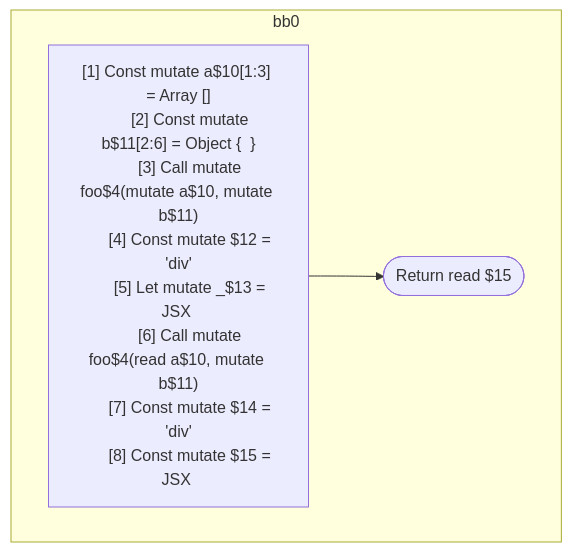
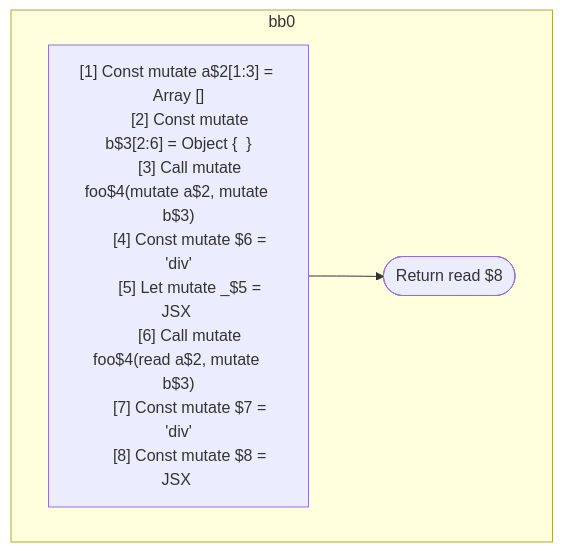
Before and after one commit to wutsmog/private: the second of 2 diagrams in compiler/forget/src/__tests__/fixtures/hir/ssa-call-jsx.expect.md, drawn with Mermaid. The commit also changed other lines of this file and 57 other files, not shown here.

````diff
--- a/compiler/forget/src/__tests__/fixtures/hir/ssa-call-jsx.expect.md
+++ b/compiler/forget/src/__tests__/fixtures/hir/ssa-call-jsx.expect.md
@@ -63,20 +63,20 @@
 ```mermaid
 flowchart TB
   %% Basic Blocks
   subgraph bb0
     bb0_instrs["
-      [1] Const mutate a$10[1:3] = Array []
-      [2] Const mutate b$11[2:6] = Object {  }
-      [3] Call mutate foo$4(mutate a$10, mutate b$11)
-      [4] Const mutate $12 = 'div'
-      [5] Let mutate _$13 = JSX <read $12 a={freeze a$10} ></read $12>
-      [6] Call mutate foo$4(read a$10, mutate b$11)
-      [7] Const mutate $14 = 'div'
-      [8] Const mutate $15 = JSX <read $14 a={read a$10} b={freeze b$11} ></read $14>
+      [1] Const mutate a$2[1:3] = Array []
+      [2] Const mutate b$3[2:6] = Object {  }
+      [3] Call mutate foo$4(mutate a$2, mutate b$3)
+      [4] Const mutate $6 = 'div'
+      [5] Let mutate _$5 = JSX <read $6 a={freeze a$2} ></read $6>
+      [6] Call mutate foo$4(read a$2, mutate b$3)
+      [7] Const mutate $7 = 'div'
+      [8] Const mutate $8 = JSX <read $7 a={read a$2} b={freeze b$3} ></read $7>
     "]
-    bb0_instrs --> bb0_terminal(["Return read $15"])
+    bb0_instrs --> bb0_terminal(["Return read $8"])
   end
 
   %% Jumps
   %% empty
 ```
````
